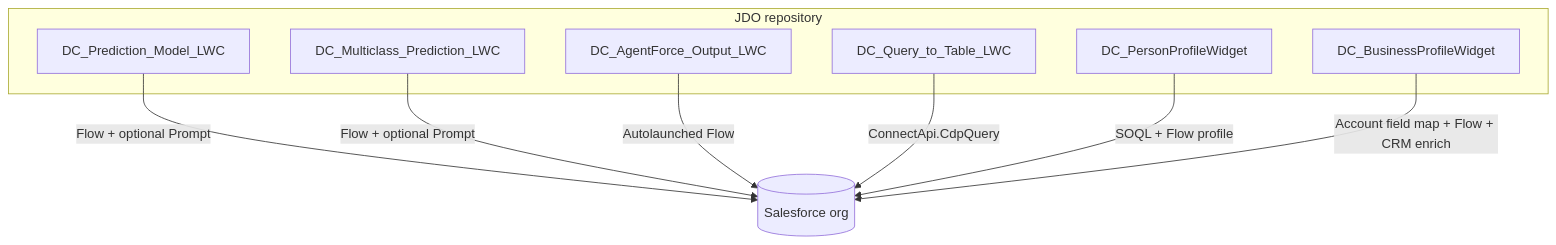
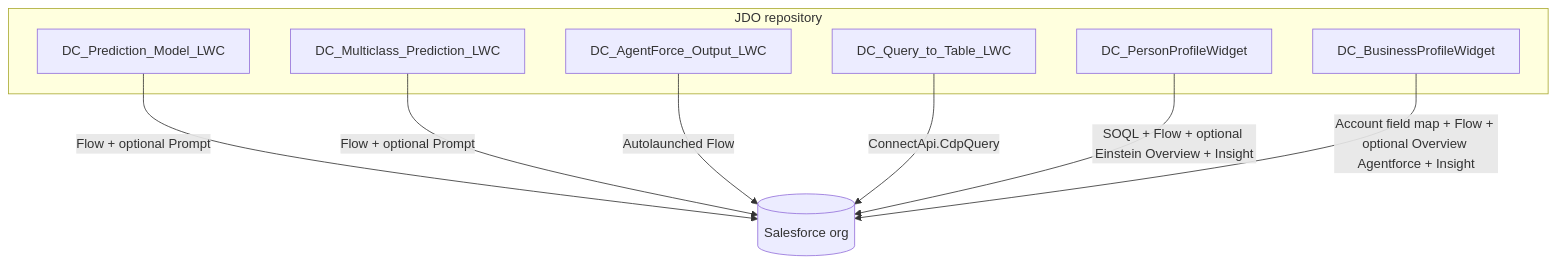
One commit to josers18/JDO changed the diagram in docs/MONOREPO_OVERVIEW.md. Above: the diagram before and after it, drawn with Mermaid. The commit also changed 38 other files, not shown here.

````diff
--- a/docs/MONOREPO_OVERVIEW.md
+++ b/docs/MONOREPO_OVERVIEW.md
@@ -7,17 +7,17 @@
 ```mermaid
 flowchart TB
     subgraph repo [JDO repository]
         P[DC_Prediction_Model_LWC]
         M[DC_Multiclass_Prediction_LWC]
         A[DC_AgentForce_Output_LWC]
         Q[DC_Query_to_Table_LWC]
         C[DC_PersonProfileWidget]
         B[DC_BusinessProfileWidget]
     end
     P --> |Flow + optional Prompt| SF[(Salesforce org)]
     M --> |Flow + optional Prompt| SF
     A --> |Autolaunched Flow| SF
     Q --> |ConnectApi.CdpQuery| SF
-    C --> |SOQL + Flow profile| SF
-        B --> |Account field map + Flow + CRM enrich| SF
+    C --> |SOQL + Flow + optional Einstein Overview + Insight| SF
+    B --> |Account field map + Flow + optional Overview Agentforce + Insight| SF
 ```
````
